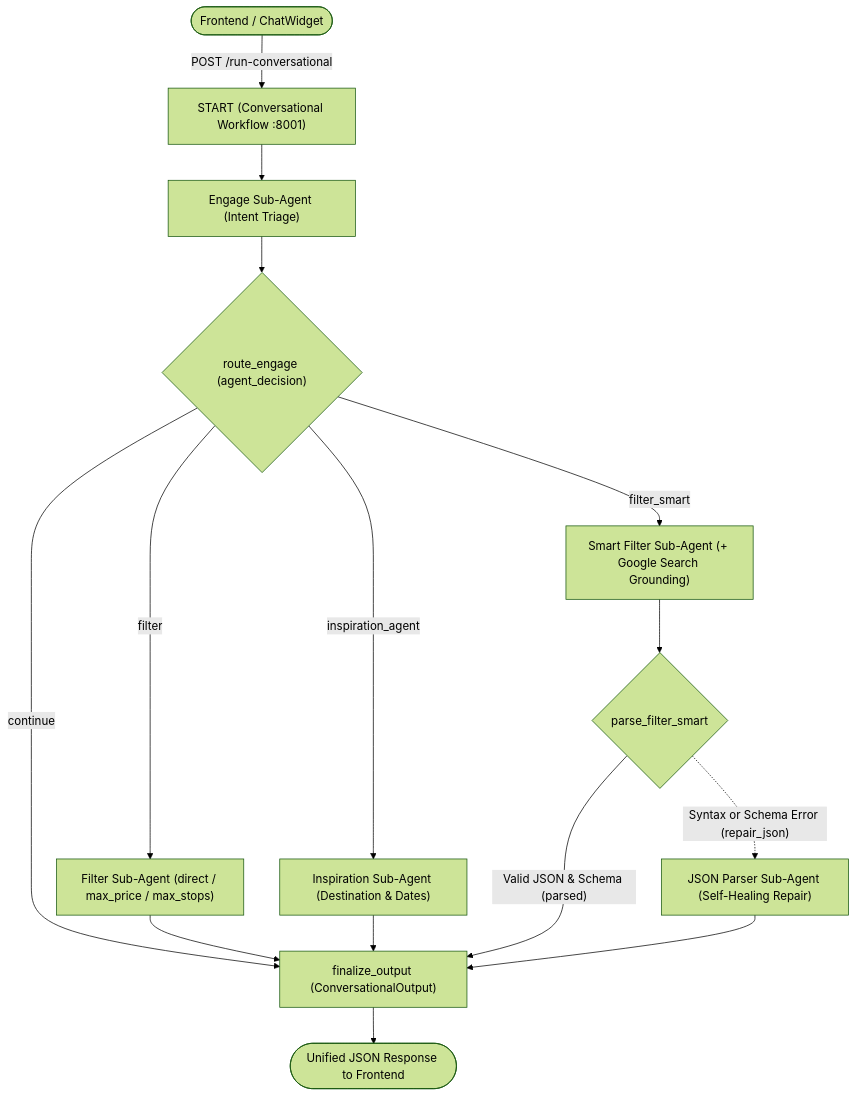
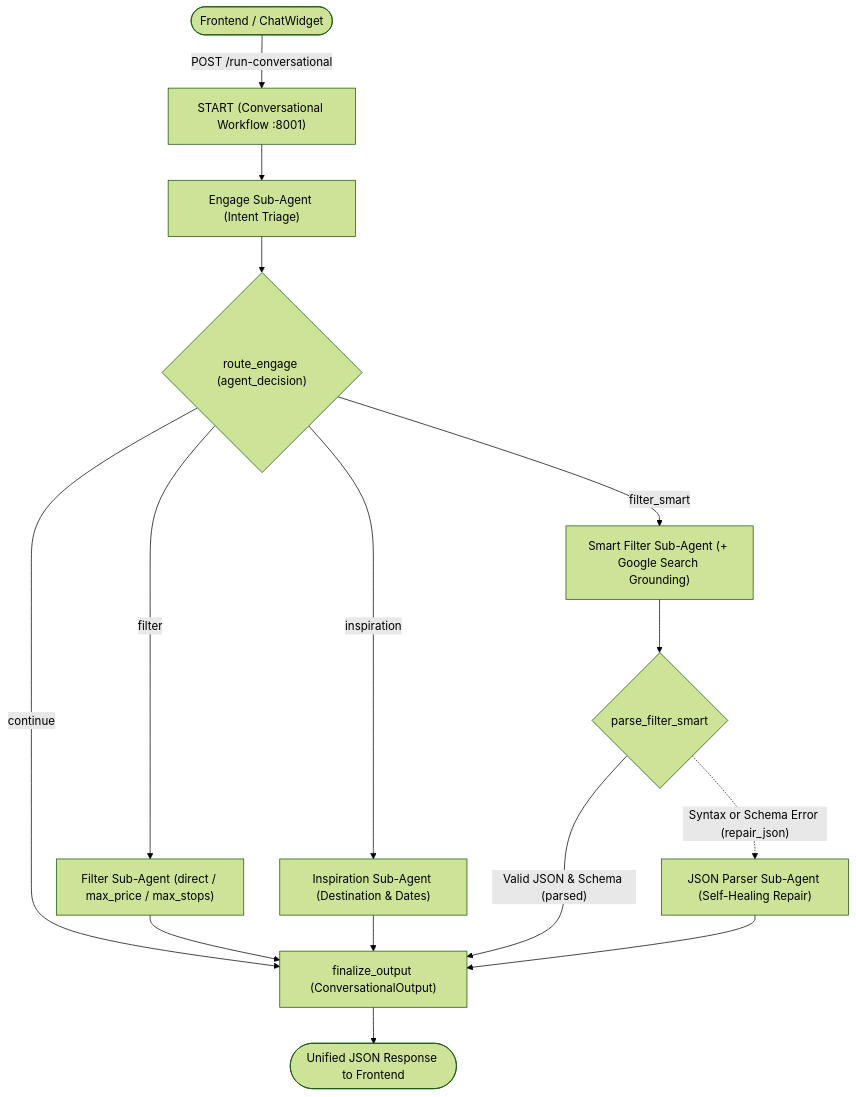
The diagram in conversational_app/README.md (maggiemhanna/travel_agent), drawn with Mermaid (forest theme) before and after one commit. The commit also changed other lines of this file and 37 other files, not shown here.

Commit message:
docs: standardize docs suite structure, replace Mermaid with SVG diagrams, and align inspiration decision name

````diff
--- a/conversational_app/README.md
+++ b/conversational_app/README.md
@@ -9,22 +9,22 @@
 ```mermaid
 graph TD
     Client(["Frontend / ChatWidget"]) -->|"POST /run-conversational"| StartNode["START (Conversational Workflow :8001)"]
     
     StartNode --> Engage["Engage Sub-Agent (Intent Triage)"]
     Engage --> RouteEngage{"route_engage (agent_decision)"}
     
     RouteEngage -->|"continue"| Finalize["finalize_output (ConversationalOutput)"]
     RouteEngage -->|"filter"| Filter["Filter Sub-Agent (direct / max_price / max_stops)"]
     RouteEngage -->|"filter_smart"| SmartFilter["Smart Filter Sub-Agent (+ Google Search Grounding)"]
-    RouteEngage -->|"inspiration_agent"| Inspiration["Inspiration Sub-Agent (Destination & Dates)"]
+    RouteEngage -->|"inspiration"| Inspiration["Inspiration Sub-Agent (Destination & Dates)"]
     
     Filter --> Finalize
     Inspiration --> Finalize
     
     SmartFilter --> ParseSmart{"parse_filter_smart"}
     ParseSmart -->|"Valid JSON & Schema (parsed)"| Finalize
     ParseSmart -.->|"Syntax or Schema Error (repair_json)"| JSONParser["JSON Parser Sub-Agent (Self-Healing Repair)"]
     JSONParser --> Finalize
     
     Finalize --> ReturnClient(["Unified JSON Response to Frontend"])
 ```
````
